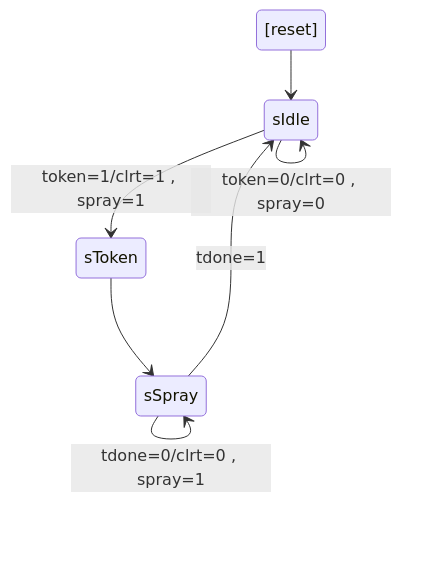
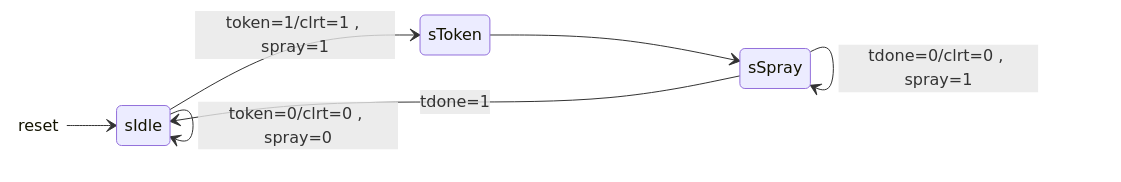
One commit to PavlosTzitzos/HDLs-intro changed the diagram in SystemVerilog/tutorial/fsm/moore/README.md. Above: the diagram before and after it, drawn with Mermaid.

````diff
--- a/SystemVerilog/tutorial/fsm/moore/README.md
+++ b/SystemVerilog/tutorial/fsm/moore/README.md
@@ -6,9 +6,11 @@
 ```mermaid
 stateDiagram
-    [reset] --> sIdle
+    direction LR
+    classDef rst fill:white,stroke-width:0px
+    reset:::rst --> sIdle
     sIdle --> sIdle : token=0/clrt=0 , spray=0
     sIdle --> sToken : token=1/clrt=1 , spray=1
     sToken --> sSpray
     sSpray --> sSpray : tdone=0/clrt=0 , spray=1
     sSpray --> sIdle : tdone=1
 ```
````
